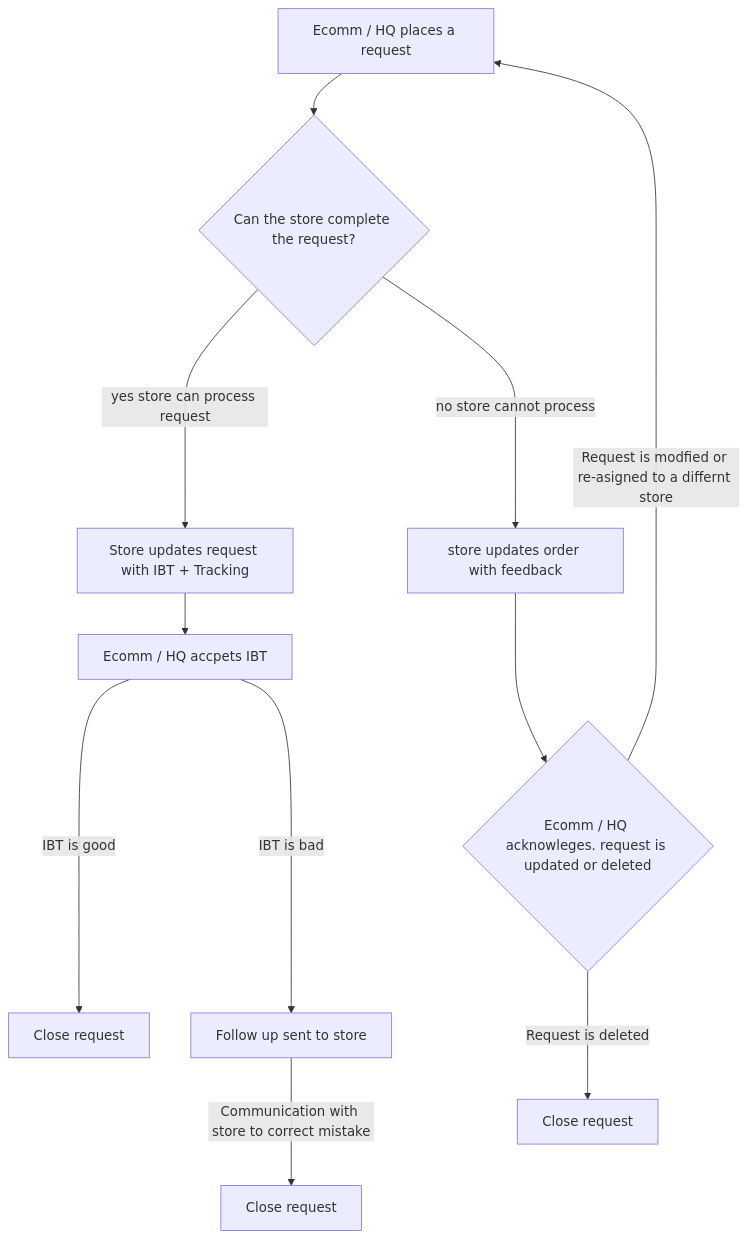
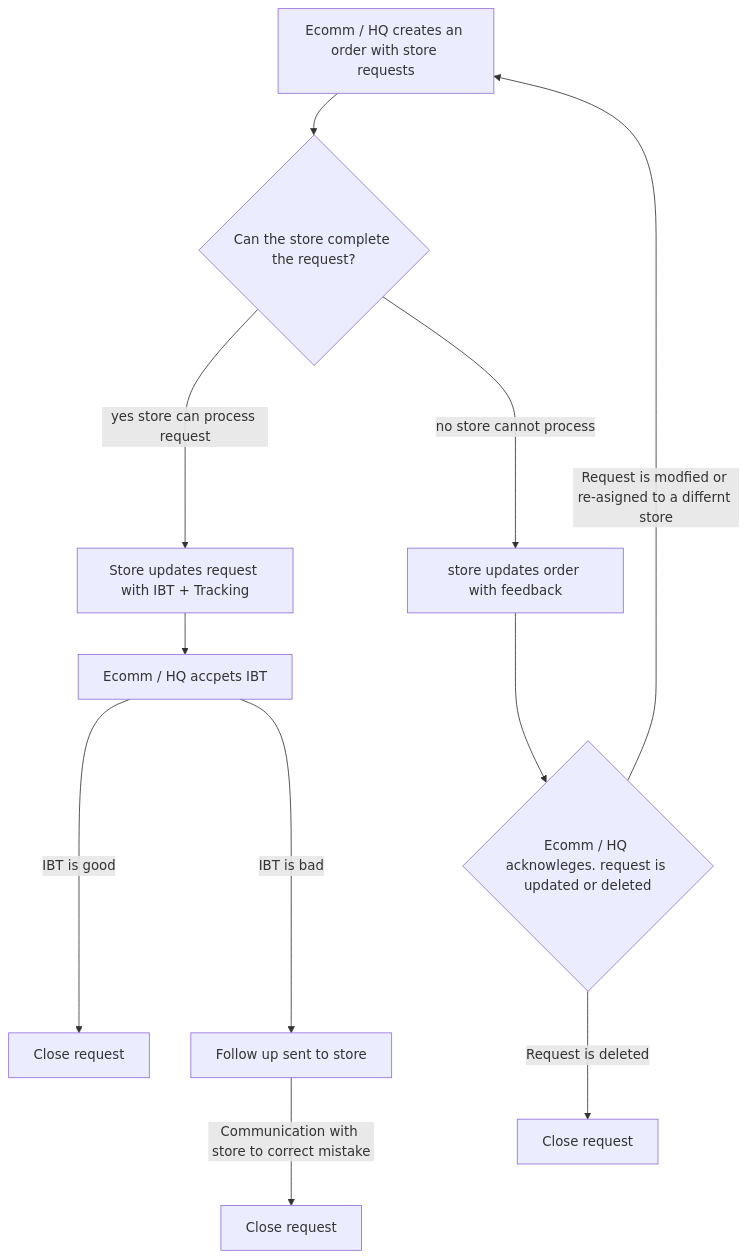
The diagram in README.md (CapSap/paddy-mern-4), drawn with Mermaid before and after one commit.

````diff
--- a/README.md
+++ b/README.md
@@ -19,13 +19,13 @@
 ```mermaid
   graph TD;
-      A[Ecomm / HQ places a request] --> B{Can the store complete the request?}
+      A[Ecomm / HQ creates an order with store requests] --> B{Can the store complete the request?}
       B--yes store can process request---> C[Store updates request with IBT + Tracking]
       B--no store cannot process--->D[store updates order with feedback]
       D--->E{Ecomm / HQ acknowleges. request is updated or deleted}
       E--Request is modfied or re-asigned to a differnt store--->A
       E--Request is deleted--->I[Close request]
       C-->F[Ecomm / HQ  accpets IBT]
       F --IBT is good---> G[Close request]
       F --IBT is bad ---> H[Follow up sent to store]
       H --Communication with store to correct mistake ---> J[Close request]
 ```
````
